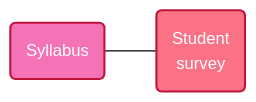
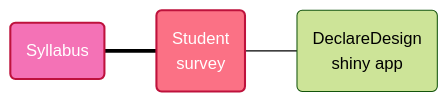
The eighth of 8 diagrams in docs/index.qmd (macartan/ci), drawn with Mermaid (forest theme) before and after one commit. The commit also changed other lines of this file and 30 other files, not shown here.

````diff
--- a/docs/index.qmd
+++ b/docs/index.qmd
@@ -41,9 +115,10 @@
 ```{mermaid}
 %%{init: {"flowchart": {"htmlLabels": true}} }%%
 flowchart LR
-    S("Syllabus") --- V("Student<br>survey")
+    S("Syllabus") === V("Student<br>survey")  --- J("DeclareDesign<br>shiny app")
     click S "https://macartan.github.io/ci/experiments_2026/syllabus.pdf"
     click V "https://cloud.wzb.eu/apps/forms/s/6Sdi6JEYTS59c6rMJCEcYErJ"
+    click J "https://shiny2.wzb.eu/ipi/declaredesign/"
     style S fill:#f472b6,stroke:#be123d,stroke-width:2px,color:#ffffff
     style V fill:#fb7185,stroke:#be123c,stroke-width:2px,color:#ffffff
 ```
````
